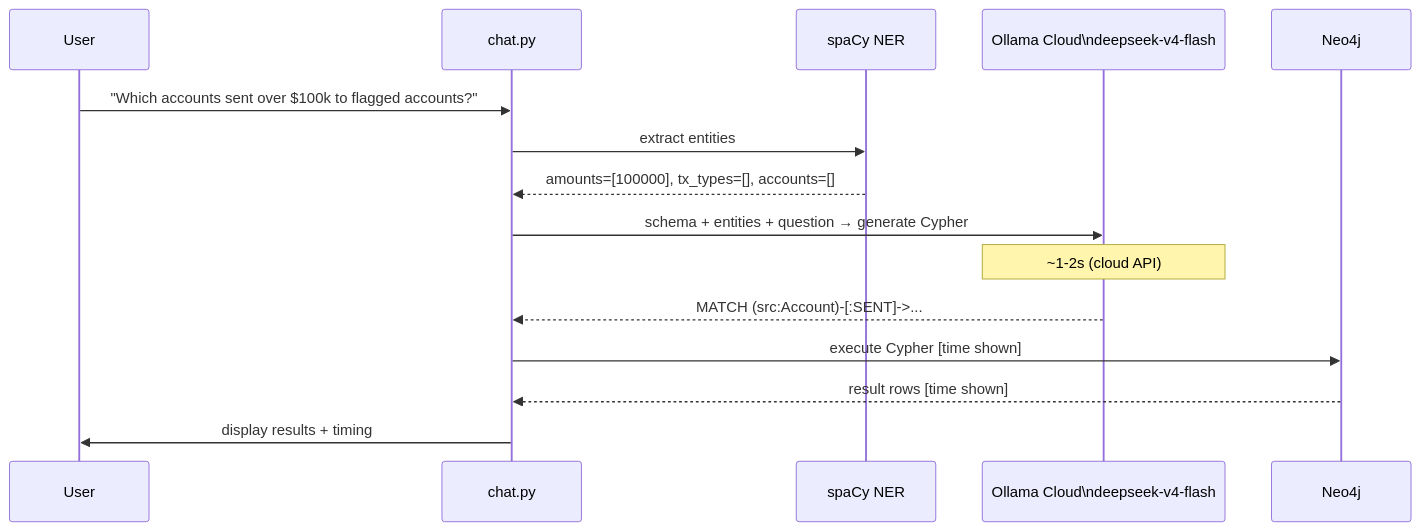
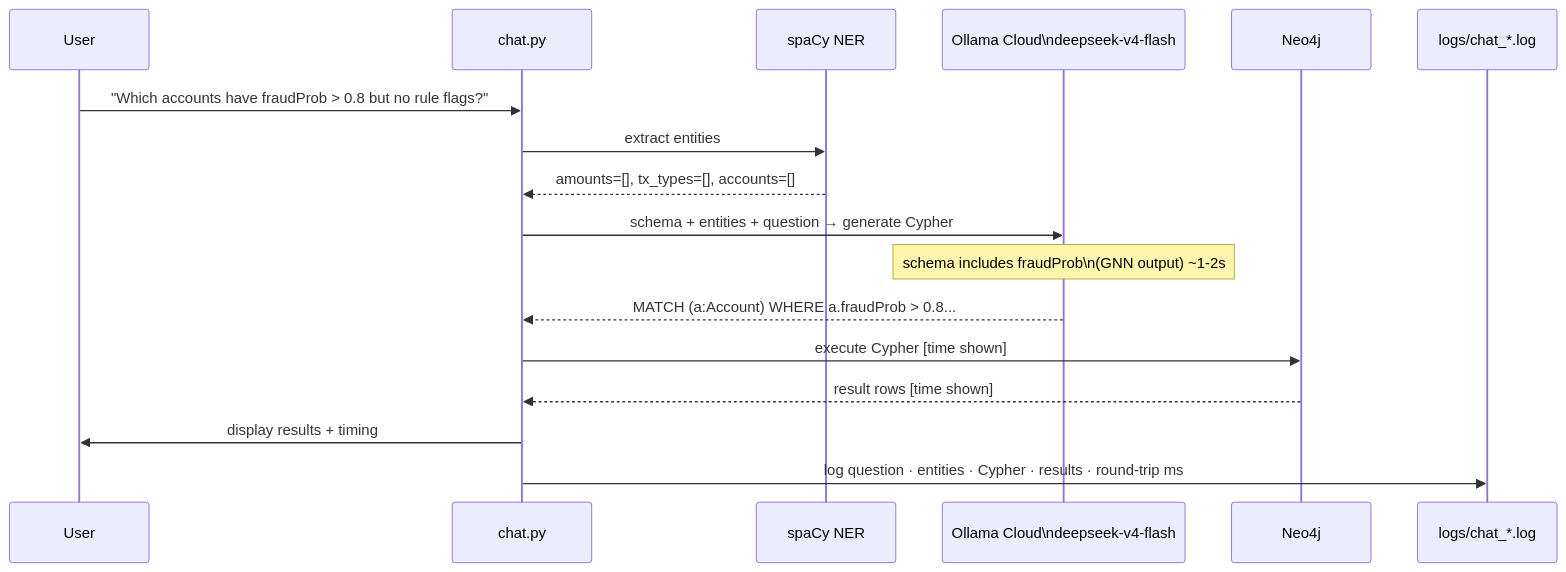
Before and after one commit to mohamed-soubhi/fraud-graph-demo: the sixth of 7 diagrams in ARCHITECTURE.md, drawn with Mermaid. The commit also changed other lines of this file and 5 other files, not shown here.

````diff
--- a/ARCHITECTURE.md
+++ b/ARCHITECTURE.md
@@ -165,18 +169,20 @@
 ```mermaid
 sequenceDiagram
     participant U as User
     participant CH as chat.py
     participant SP as spaCy NER
     participant LM as Ollama Cloud\ndeepseek-v4-flash
     participant DB as Neo4j
+    participant LOG as logs/chat_*.log
 
-    U->>CH: "Which accounts sent over $100k to flagged accounts?"
+    U->>CH: "Which accounts have fraudProb > 0.8 but no rule flags?"
     CH->>SP: extract entities
-    SP-->>CH: amounts=[100000], tx_types=[], accounts=[]
+    SP-->>CH: amounts=[], tx_types=[], accounts=[]
     CH->>LM: schema + entities + question → generate Cypher
-    Note over LM: ~1-2s (cloud API)
-    LM-->>CH: MATCH (src:Account)-[:SENT]->...
+    Note over LM: schema includes fraudProb\n(GNN output) ~1-2s
+    LM-->>CH: MATCH (a:Account) WHERE a.fraudProb > 0.8...
     CH->>DB: execute Cypher [time shown]
     DB-->>CH: result rows [time shown]
     CH->>U: display results + timing
+    CH->>LOG: log question · entities · Cypher · results · round-trip ms
 ```
````
